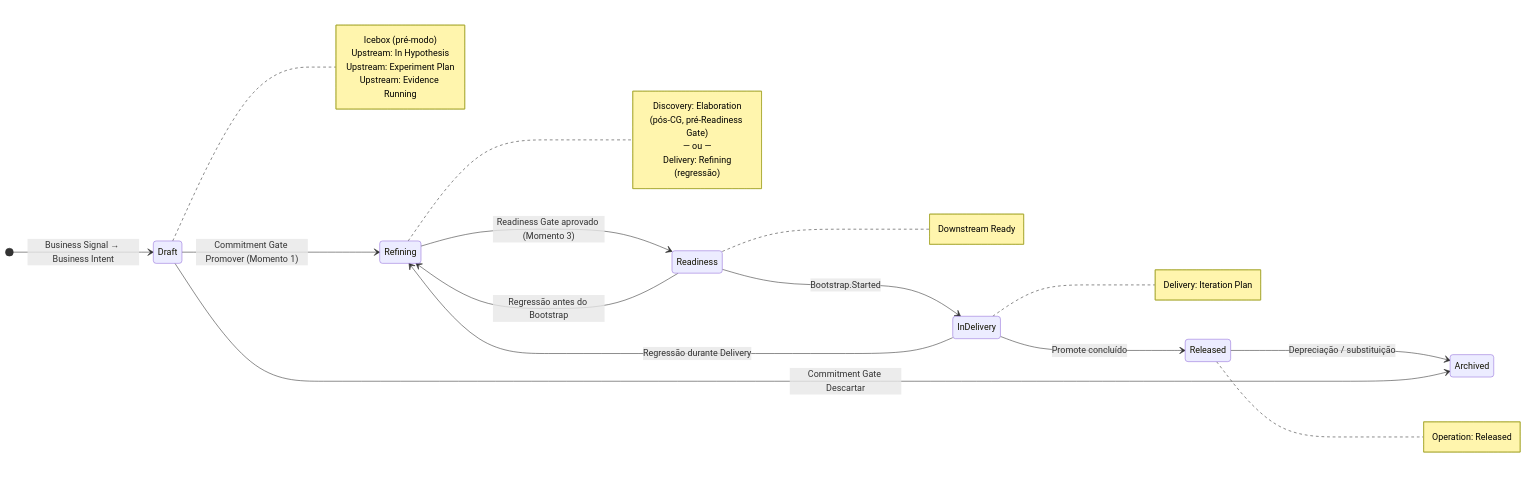
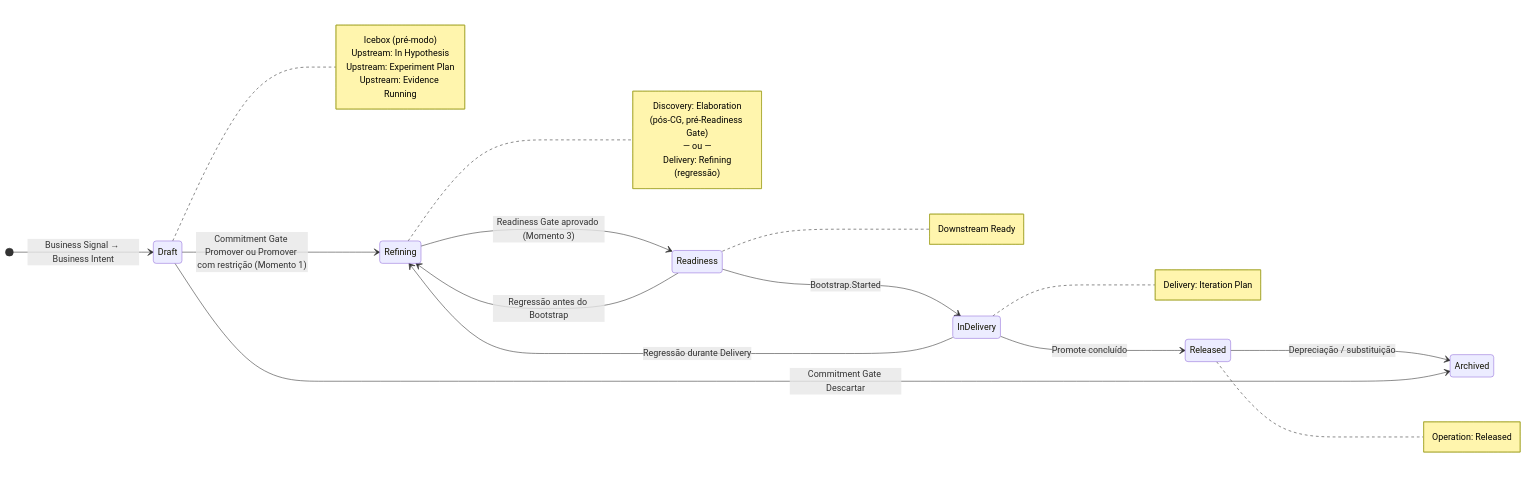
Before and after one commit to produtoreativo/from-intent-to-outcome: the fourth of 4 diagrams in capitulo-03.md, drawn with Mermaid. The commit also changed other lines of this file and 3 other files, not shown here.

First line of the commit message:
fix(ciclo-13): Promover com restrição reconhecido como entrada Downstream em todos os pontos canônicos

````diff
--- a/capitulo-03.md
+++ b/capitulo-03.md
@@ -225,36 +226,36 @@
 ```mermaid
 stateDiagram-v2
     direction LR
     [*] --> Draft : Business Signal → Business Intent
-    Draft --> Refining : Commitment Gate Promover (Momento 1)
+    Draft --> Refining : Commitment Gate Promover ou Promover com restrição (Momento 1)
     Refining --> Readiness : Readiness Gate aprovado (Momento 3)
     Readiness --> InDelivery : Bootstrap.Started
     InDelivery --> Released : Promote concluído
     Released --> Archived : Depreciação / substituição
     Draft --> Archived : Commitment Gate Descartar
     Readiness --> Refining : Regressão antes do Bootstrap
     InDelivery --> Refining : Regressão durante Delivery
 
     note right of Draft
         Icebox (pré-modo)
         Upstream: In Hypothesis
         Upstream: Experiment Plan
         Upstream: Evidence Running
     end note
     note right of Refining
         Discovery: Elaboration
         (pós-CG, pré-Readiness Gate)
         — ou —
         Delivery: Refining
         (regressão)
     end note
     note right of Readiness
         Downstream Ready
     end note
     note right of InDelivery
         Delivery: Iteration Plan
     end note
     note right of Released
         Operation: Released
     end note
 ```
````
